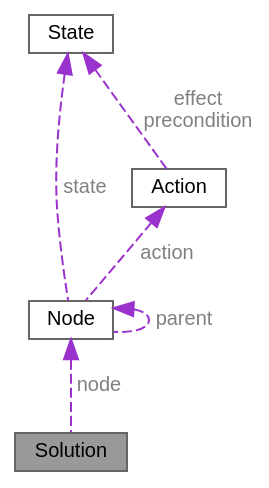
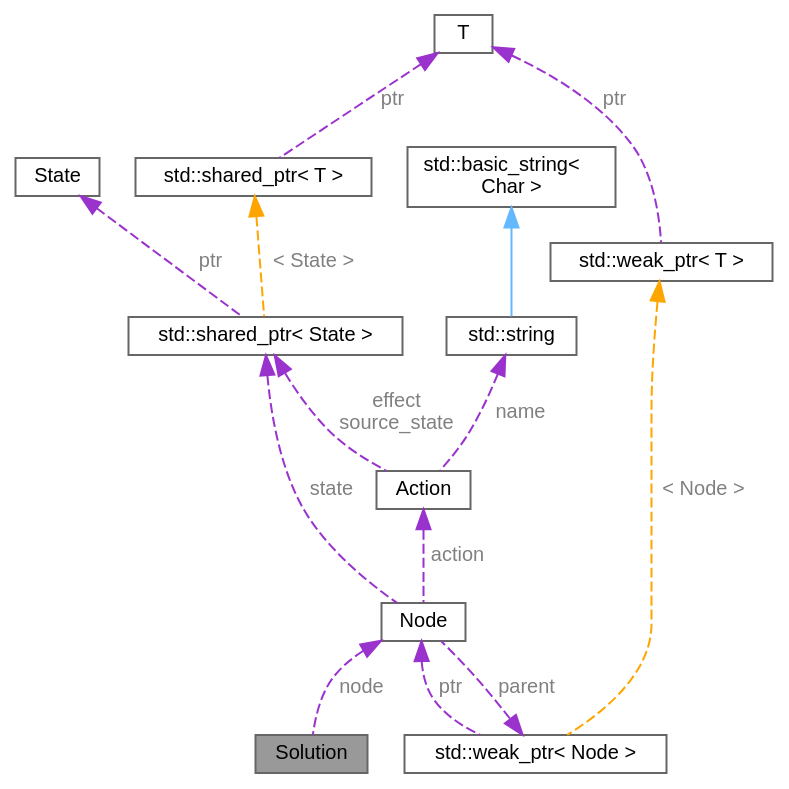
One commit to velocitatem/Symphony changed the diagram in classSolution__coll__graph.dot. Above: the diagram before and after it, drawn with Graphviz. The commit also changed 67 other files, not shown here.

```diff
--- a/classSolution__coll__graph.dot
+++ b/classSolution__coll__graph.dot
@@ -1,17 +1,32 @@
 digraph "Solution"
 {
  // INTERACTIVE_SVG=YES
  // LATEX_PDF_SIZE
   bgcolor="transparent";
   edge [fontname=Helvetica,fontsize=10,labelfontname=Helvetica,labelfontsize=10];
   node [fontname=Helvetica,fontsize=10,shape=box,height=0.2,width=0.4];
   Node1 [id="Node000001",label="Solution",height=0.2,width=0.4,color="gray40", fillcolor="grey60", style="filled", fontcolor="black",tooltip=" "];
   Node2 -> Node1 [id="edge1_Node000001_Node000002",dir="back",color="darkorchid3",style="dashed",tooltip=" ",label=" node",fontcolor="grey" ];
   Node2 [id="Node000002",label="Node",height=0.2,width=0.4,color="gray40", fillcolor="white", style="filled",URL="$classNode.html",tooltip=" "];
-  Node2 -> Node2 [id="edge2_Node000002_Node000002",dir="back",color="darkorchid3",style="dashed",tooltip=" ",label=" parent",fontcolor="grey" ];
-  Node3 -> Node2 [id="edge3_Node000002_Node000003",dir="back",color="darkorchid3",style="dashed",tooltip=" ",label=" state",fontcolor="grey" ];
-  Node3 [id="Node000003",label="State",height=0.2,width=0.4,color="gray40", fillcolor="white", style="filled",URL="$classState.html",tooltip="Represents an abstract state in a problem."];
-  Node4 -> Node2 [id="edge4_Node000002_Node000004",dir="back",color="darkorchid3",style="dashed",tooltip=" ",label=" action",fontcolor="grey" ];
-  Node4 [id="Node000004",label="Action",height=0.2,width=0.4,color="gray40", fillcolor="white", style="filled",URL="$classAction.html",tooltip="Represents an abstract action that can be performed on a state."];
-  Node3 -> Node4 [id="edge5_Node000004_Node000003",dir="back",color="darkorchid3",style="dashed",tooltip=" ",label=" effect\nprecondition",fontcolor="grey" ];
+  Node3 -> Node2 [id="edge2_Node000002_Node000003",dir="back",color="darkorchid3",style="dashed",tooltip=" ",label=" parent",fontcolor="grey" ];
+  Node3 [id="Node000003",label="std::weak_ptr\< Node \>",height=0.2,width=0.4,color="gray40", fillcolor="white", style="filled",tooltip=" "];
+  Node2 -> Node3 [id="edge3_Node000003_Node000002",dir="back",color="darkorchid3",style="dashed",tooltip=" ",label=" ptr",fontcolor="grey" ];
+  Node4 -> Node3 [id="edge4_Node000003_Node000004",dir="back",color="orange",style="dashed",tooltip=" ",label=" \< Node \>",fontcolor="grey" ];
+  Node4 [id="Node000004",label="std::weak_ptr\< T \>",height=0.2,width=0.4,color="gray40", fillcolor="white", style="filled",tooltip=" "];
+  Node5 -> Node4 [id="edge5_Node000004_Node000005",dir="back",color="darkorchid3",style="dashed",tooltip=" ",label=" ptr",fontcolor="grey" ];
+  Node5 [id="Node000005",label="T",height=0.2,width=0.4,color="gray40", fillcolor="white", style="filled",tooltip=" "];
+  Node6 -> Node2 [id="edge6_Node000002_Node000006",dir="back",color="darkorchid3",style="dashed",tooltip=" ",label=" state",fontcolor="grey" ];
+  Node6 [id="Node000006",label="std::shared_ptr\< State \>",height=0.2,width=0.4,color="gray40", fillcolor="white", style="filled",tooltip=" "];
+  Node7 -> Node6 [id="edge7_Node000006_Node000007",dir="back",color="darkorchid3",style="dashed",tooltip=" ",label=" ptr",fontcolor="grey" ];
+  Node7 [id="Node000007",label="State",height=0.2,width=0.4,color="gray40", fillcolor="white", style="filled",URL="$classState.html",tooltip="Represents an abstract state in a problem."];
+  Node8 -> Node6 [id="edge8_Node000006_Node000008",dir="back",color="orange",style="dashed",tooltip=" ",label=" \< State \>",fontcolor="grey" ];
+  Node8 [id="Node000008",label="std::shared_ptr\< T \>",height=0.2,width=0.4,color="gray40", fillcolor="white", style="filled",tooltip=" "];
+  Node5 -> Node8 [id="edge9_Node000008_Node000005",dir="back",color="darkorchid3",style="dashed",tooltip=" ",label=" ptr",fontcolor="grey" ];
+  Node9 -> Node2 [id="edge10_Node000002_Node000009",dir="back",color="darkorchid3",style="dashed",tooltip=" ",label=" action",fontcolor="grey" ];
+  Node9 [id="Node000009",label="Action",height=0.2,width=0.4,color="gray40", fillcolor="white", style="filled",URL="$classAction.html",tooltip="Represents an abstract action that can be performed on a state."];
+  Node10 -> Node9 [id="edge11_Node000009_Node000010",dir="back",color="darkorchid3",style="dashed",tooltip=" ",label=" name",fontcolor="grey" ];
+  Node10 [id="Node000010",label="std::string",height=0.2,width=0.4,color="gray40", fillcolor="white", style="filled",tooltip=" "];
+  Node11 -> Node10 [id="edge12_Node000010_Node000011",dir="back",color="steelblue1",style="solid",tooltip=" "];
+  Node11 [id="Node000011",label="std::basic_string\<\l Char \>",height=0.2,width=0.4,color="gray40", fillcolor="white", style="filled",tooltip=" "];
+  Node6 -> Node9 [id="edge13_Node000009_Node000006",dir="back",color="darkorchid3",style="dashed",tooltip=" ",label=" effect\nsource_state",fontcolor="grey" ];
 }
```
